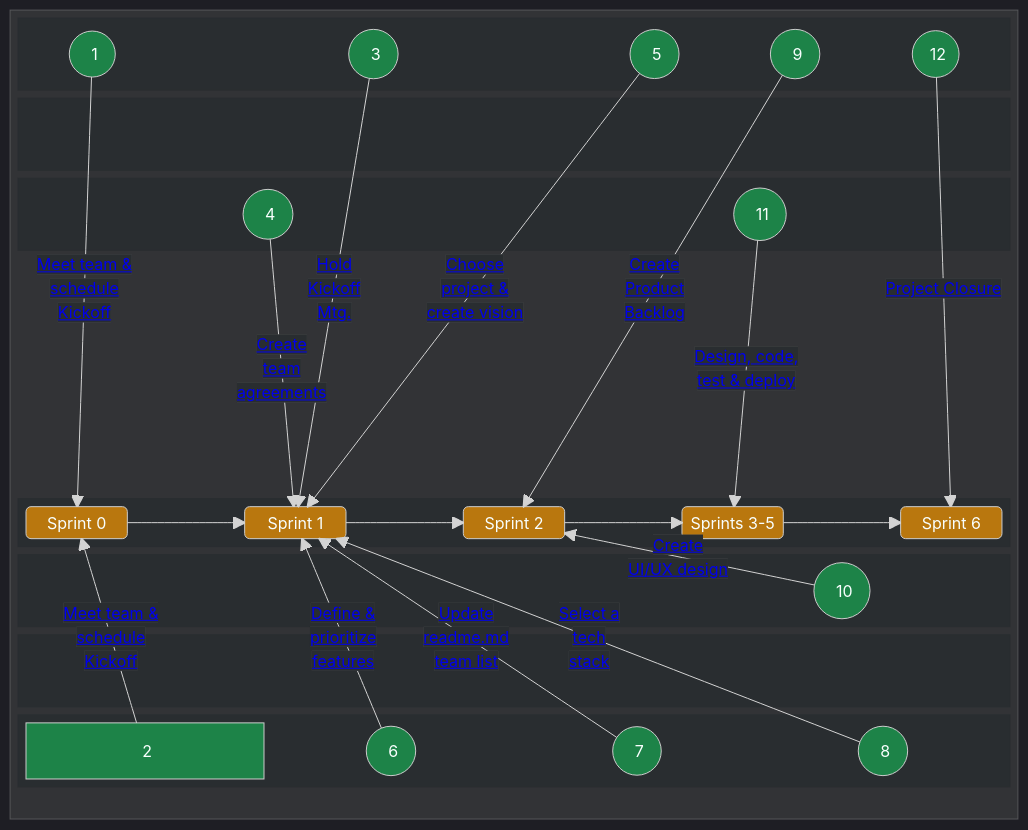
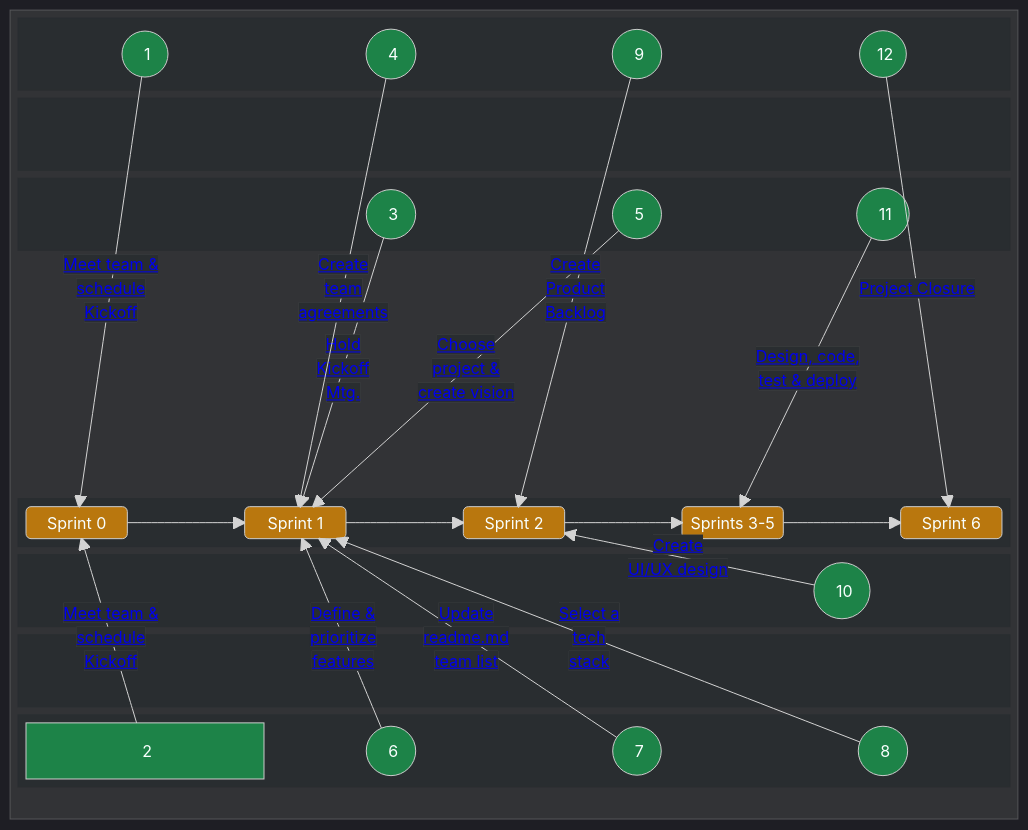
One commit to chingu-voyages/Handbook changed the first of 2 diagrams in docs/guides/voyage/voyage.md. Above: the diagram before and after it, drawn with Mermaid.

Commit message:
Feature: Define Sprint 0 details [WIP]

```diff
--- a/docs/guides/voyage/voyage.md
+++ b/docs/guides/voyage/voyage.md
@@ -80,10 +80,7 @@
       block:TOPL1
         columns 11
         A1(("&nbsp;&nbsp;&nbsp; 1 &nbsp;&nbsp;"))
-        space
-        A3(("&nbsp;&nbsp;&nbsp; 3 &nbsp;&nbsp;"))
-        space
-        A5(("&nbsp;&nbsp;&nbsp; 5 &nbsp;&nbsp;"))
+        A4(("&nbsp;&nbsp;&nbsp; 4 &nbsp;&nbsp;"))
         A9(("&nbsp;&nbsp;&nbsp; 9 &nbsp;&nbsp;"))
         A12(("&nbsp;&nbsp;&nbsp;12 &nbsp;"))
       end
@@ -92,7 +89,9 @@
       end 
       block:TOPL3
         columns 11
-        A4(("&nbsp;&nbsp;&nbsp; 4 &nbsp;&nbsp;"))
+        space
+        A3(("&nbsp;&nbsp;&nbsp; 3 &nbsp;&nbsp;"))
+        A5(("&nbsp;&nbsp;&nbsp; 5 &nbsp;&nbsp;"))
         A11(("&nbsp;&nbsp;&nbsp; 11 &nbsp;&nbsp;"))
       end      
       space
```
